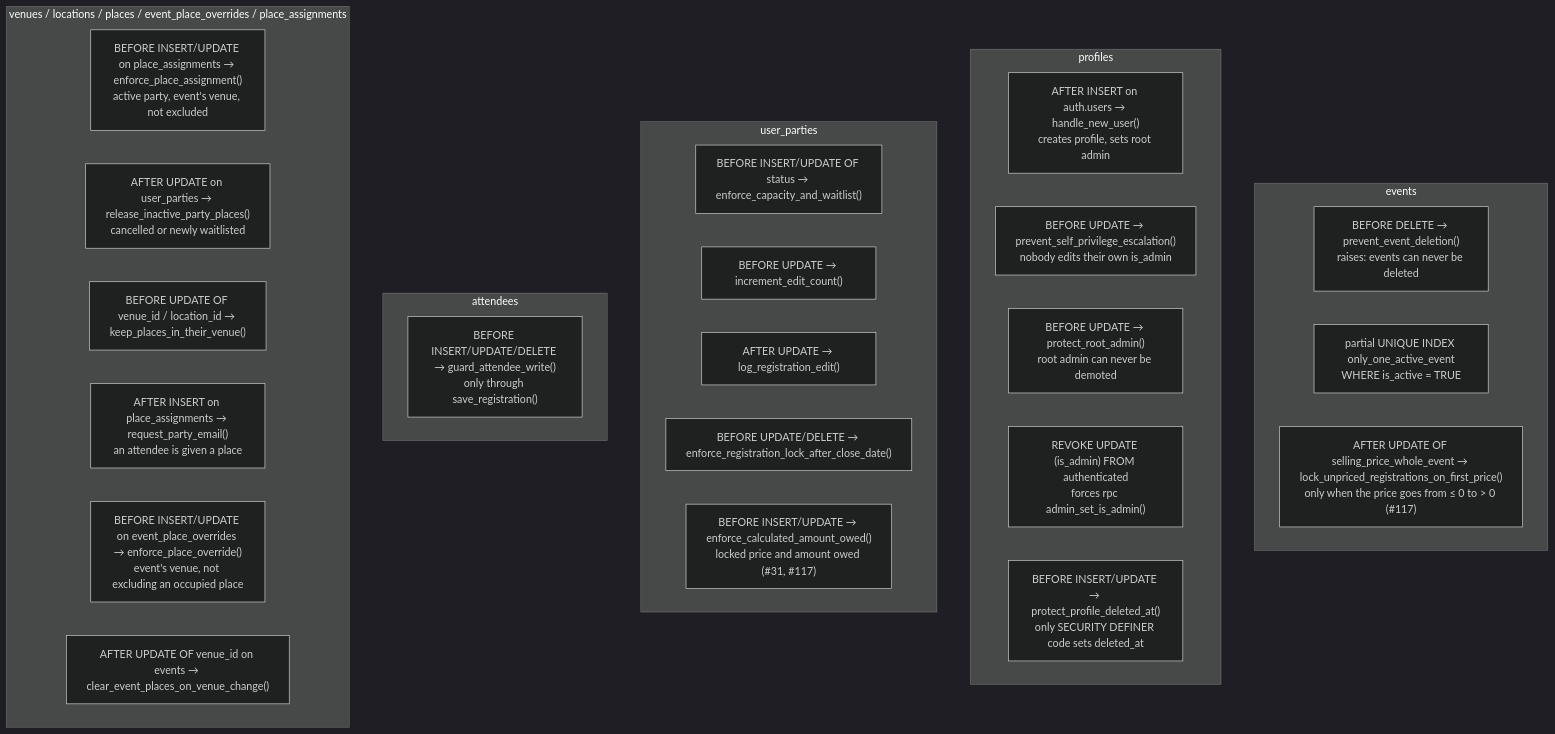
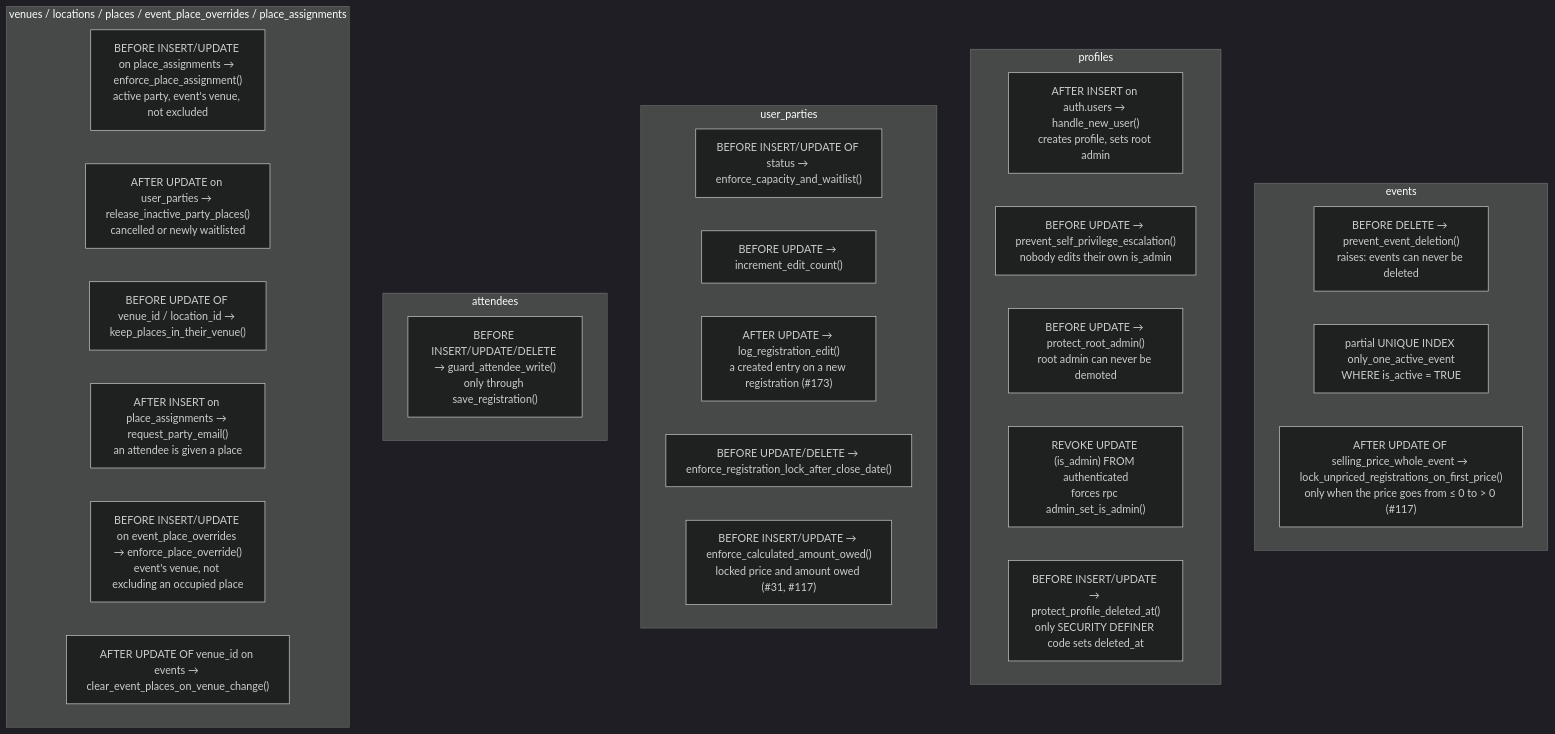
The second of 2 diagrams in docs/03-data-model.md (YULmix/yulmix-la-bedaine), drawn with Mermaid (dark theme) before and after one commit. The commit also changed other lines of this file and 16 other files, not shown here.

````diff
--- a/docs/03-data-model.md
+++ b/docs/03-data-model.md
@@ -272,33 +272,33 @@
 ```mermaid
 flowchart TD
   subgraph events
     E1["BEFORE DELETE → prevent_event_deletion()<br/>raises: events can never be deleted"]
     E2["partial UNIQUE INDEX only_one_active_event<br/>WHERE is_active = TRUE"]
     E3["AFTER UPDATE OF selling_price_whole_event → lock_unpriced_registrations_on_first_price()<br/>only when the price goes from ≤ 0 to > 0 (#117)"]
   end
   subgraph profiles
     P1["AFTER INSERT on auth.users → handle_new_user()<br/>creates profile, sets root admin"]
     P2["BEFORE UPDATE → prevent_self_privilege_escalation()<br/>nobody edits their own is_admin"]
     P3["BEFORE UPDATE → protect_root_admin()<br/>root admin can never be demoted"]
     P4["REVOKE UPDATE (is_admin) FROM authenticated<br/>forces rpc admin_set_is_admin()"]
     P5["BEFORE INSERT/UPDATE → protect_profile_deleted_at()<br/>only SECURITY DEFINER code sets deleted_at"]
   end
   subgraph user_parties
     U2["BEFORE INSERT/UPDATE OF status → enforce_capacity_and_waitlist()"]
     U3["BEFORE UPDATE → increment_edit_count()"]
-    U4["AFTER UPDATE → log_registration_edit()"]
+    U4["AFTER UPDATE → log_registration_edit()<br/>a created entry on a new registration (#173)"]
     U5["BEFORE UPDATE/DELETE → enforce_registration_lock_after_close_date()"]
     U6["BEFORE INSERT/UPDATE → enforce_calculated_amount_owed()<br/>locked price and amount owed (#31, #117)"]
   end
   subgraph attendees
     A1["BEFORE INSERT/UPDATE/DELETE → guard_attendee_write()<br/>only through save_registration()"]
   end
   subgraph places["venues / locations / places / event_place_overrides / place_assignments"]
     L1["BEFORE INSERT/UPDATE on place_assignments → enforce_place_assignment()<br/>active party, event's venue, not excluded"]
     L2["AFTER UPDATE on user_parties → release_inactive_party_places()<br/>cancelled or newly waitlisted"]
     L3["BEFORE UPDATE OF venue_id / location_id → keep_places_in_their_venue()"]
     L4["AFTER INSERT on place_assignments → request_party_email()<br/>an attendee is given a place"]
     L5["BEFORE INSERT/UPDATE on event_place_overrides → enforce_place_override()<br/>event's venue, not excluding an occupied place"]
     L6["AFTER UPDATE OF venue_id on events → clear_event_places_on_venue_change()"]
   end
 ```
````
